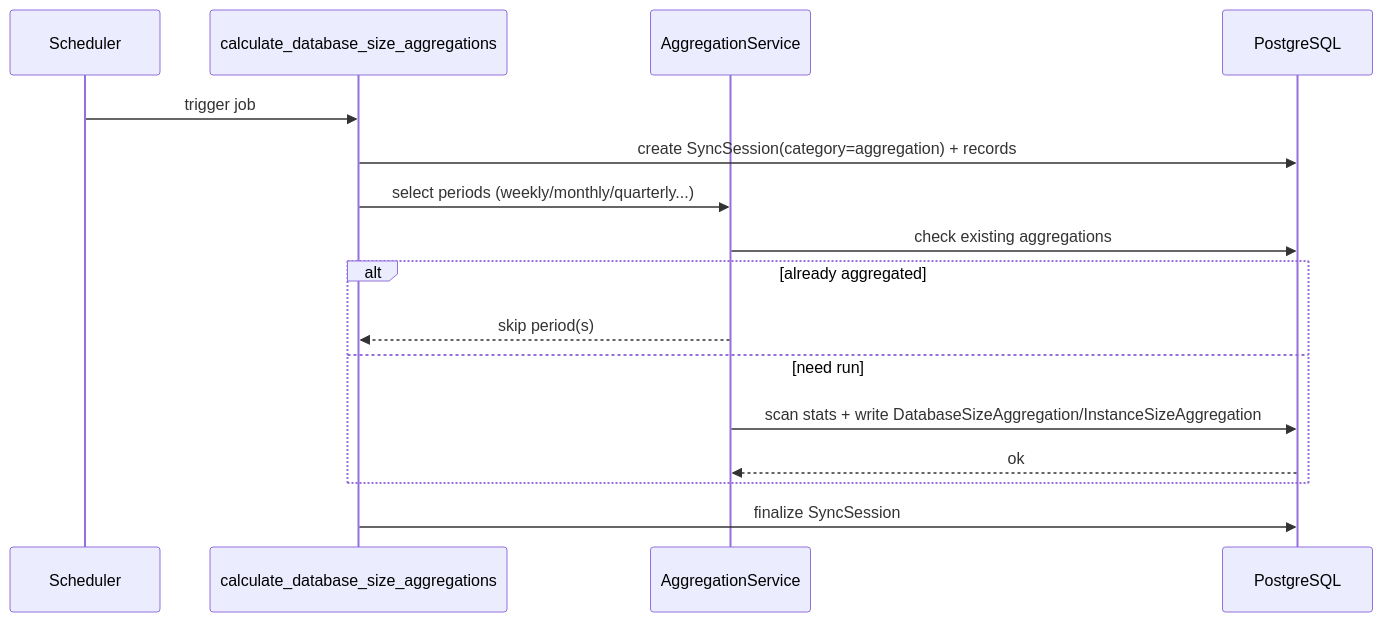
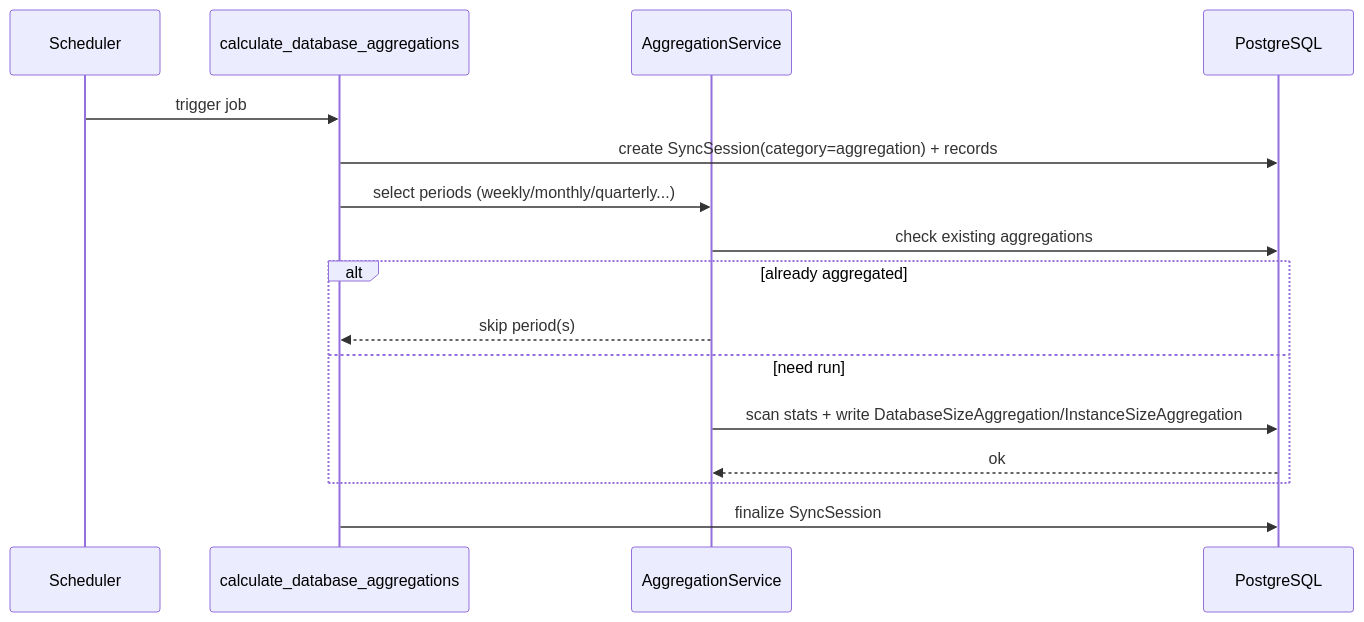
Before and after one commit to nyealovey/WhaleFall: diagram 11 of 13 in docs/Obsidian/architecture/spec.md, drawn with Mermaid. The commit also changed other lines of this file and 31 other files, not shown here.

````diff
--- a/docs/Obsidian/architecture/spec.md
+++ b/docs/Obsidian/architecture/spec.md
@@ -442,19 +442,19 @@
 ```mermaid
 sequenceDiagram
     participant Sch as Scheduler
-    participant Task as calculate_database_size_aggregations
+    participant Task as calculate_database_aggregations
     participant Agg as AggregationService
     participant DB as PostgreSQL
 
     Sch->>Task: trigger job
     Task->>DB: create SyncSession(category=aggregation) + records
     Task->>Agg: select periods (weekly/monthly/quarterly...)
     Agg->>DB: check existing aggregations
     alt already aggregated
         Agg-->>Task: skip period(s)
     else need run
         Agg->>DB: scan stats + write DatabaseSizeAggregation/InstanceSizeAggregation
         DB-->>Agg: ok
     end
     Task->>DB: finalize SyncSession
 ```
````
